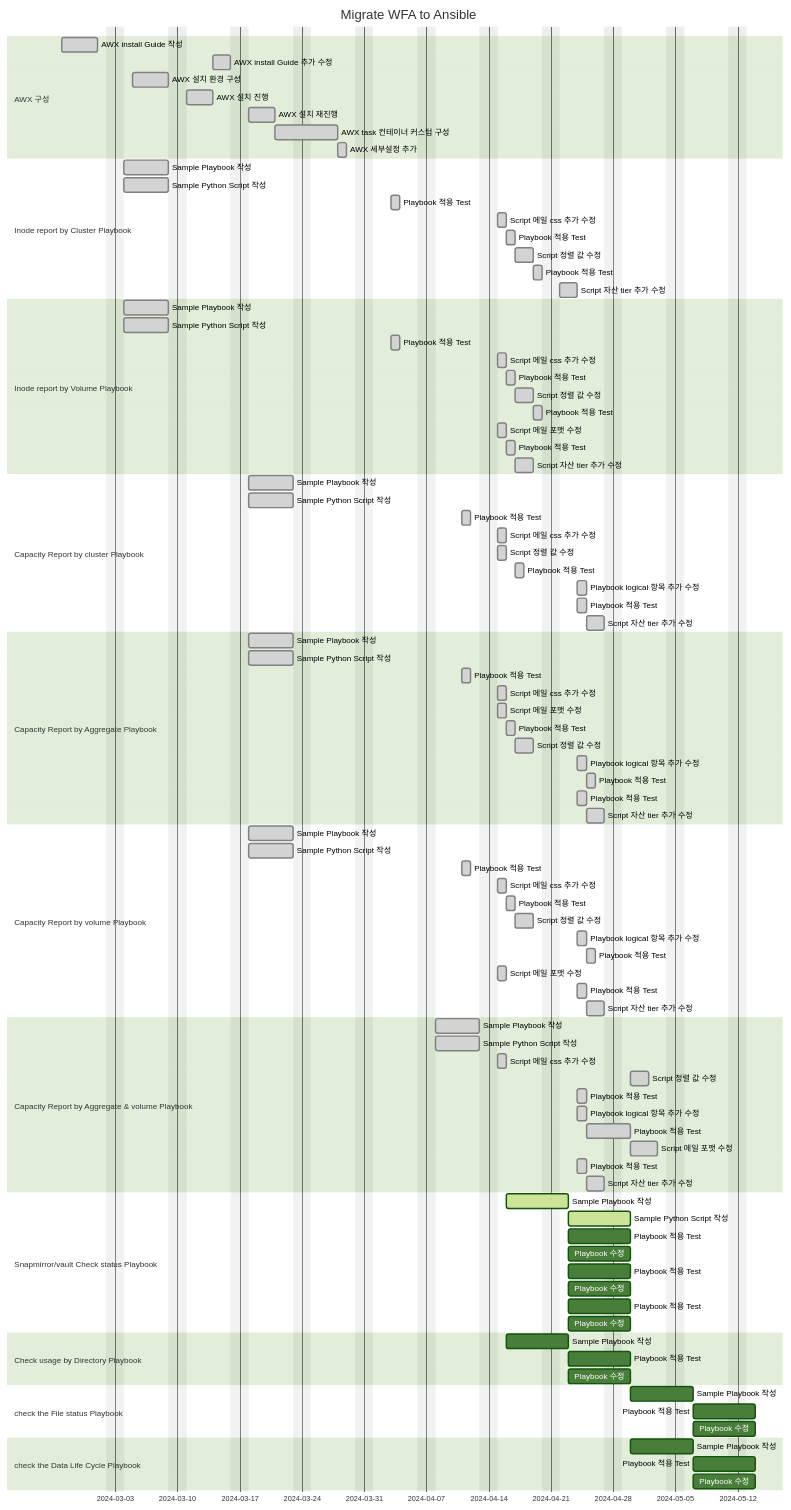
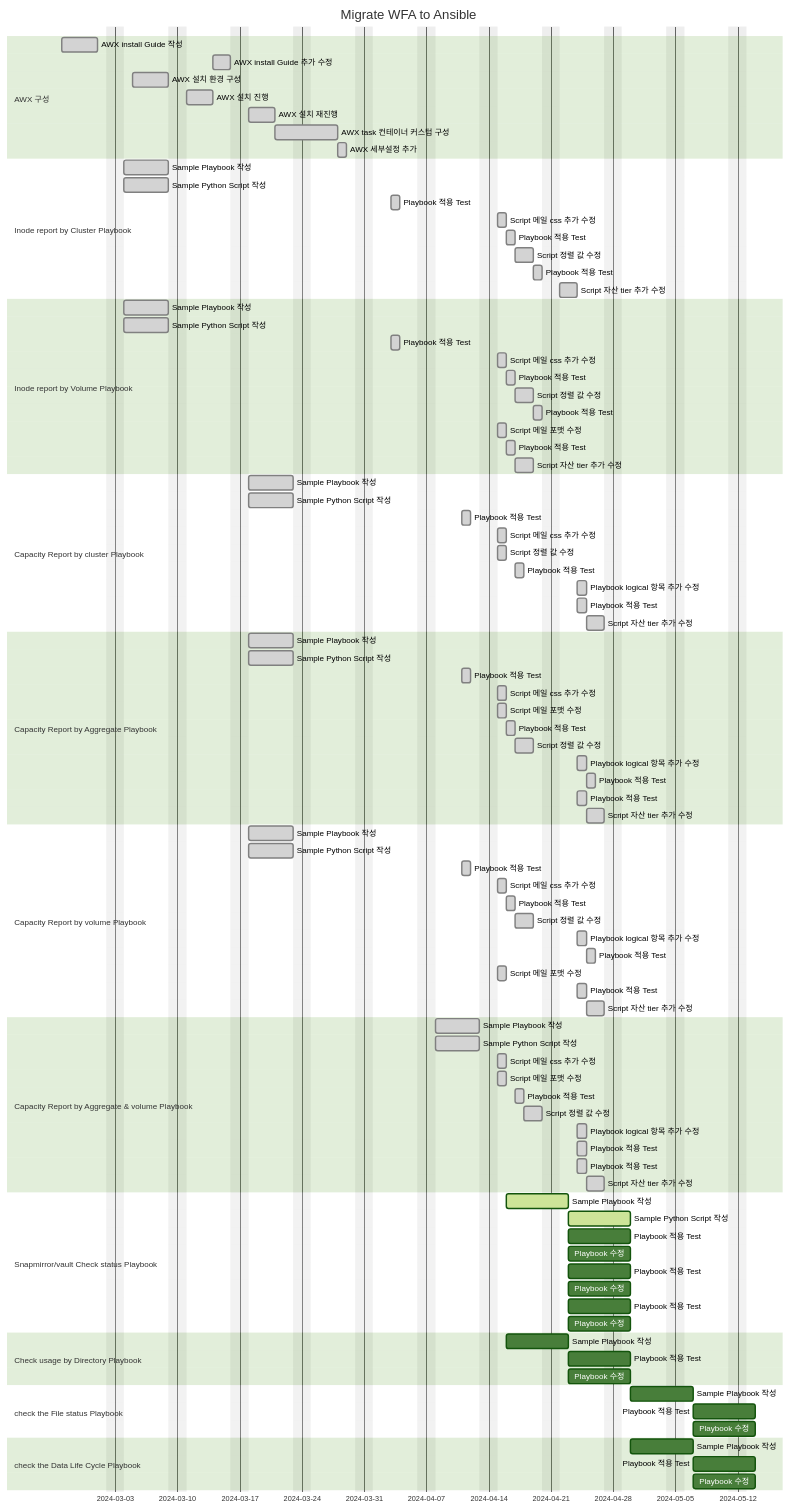
One commit to netappkr/AnsiblePlaybook changed the diagram in SKHynix/Readme.md. Above: the diagram before and after it, drawn with Mermaid (forest theme).

```diff
--- a/SKHynix/Readme.md
+++ b/SKHynix/Readme.md
@@ -151,15 +151,17 @@
     Script 자산 tier 추가 수정 : done, p5-11, 2024-04-25 , 2d
 
     section Capacity Report by Aggregate & volume Playbook
-    Sample Playbook 작성 : done, p6-1, 2024-04-08, 5d
-    Sample Python Script 작성 : done, p6-2, 2024-04-08, 5d
-    Script 메일 css 추가 수정 : done, p6-3, 2024-04-15 , 1d
-    Script 정렬 값 수정 : done, p6-4, after p6-3 , 2d
-    Playbook 적용 Test: done, p6-5, 2024-04-24,  1d
-    Playbook logical 항목 추가 수정: done, p6-6, 2024-04-24,  1d
-    Playbook 적용 Test: done, p6-7, after p6-6,  3d
-    Script 메일 포맷 수정 : done, p6-8, after p6-7 , 3d
-    Playbook 적용 Test: done, p6-09, 2024-04-24,  1d
+    Sample Playbook 작성            : done, p6-1, 2024-04-08, 5d
+    Sample Python Script 작성       : done, p6-2, 2024-04-08, 5d
+    Script 메일 css 추가 수정        : done, p6-3, 2024-04-15 , 1d
+    Script 메일 포맷 수정            : done, p6-4, 2024-04-15 , 1d
+    Playbook 적용 Test              : done, p6-5, 2024-04-17,  1d
+    Script 정렬 값 수정             : done, p6-6, 2024-04-18 , 2d
+    Playbook logical 항목 추가 수정  : done, p6-7, 2024-04-24,  1d
+    Playbook 적용 Test              : done, p6-8, 2024-04-24,  1d
+    
+    
+    Playbook 적용 Test: done, p6-9, 2024-04-24,  1d
     Script 자산 tier 추가 수정 : done, p6-10, 2024-04-25 , 2d
 
     section Snapmirror/vault Check status Playbook
```
